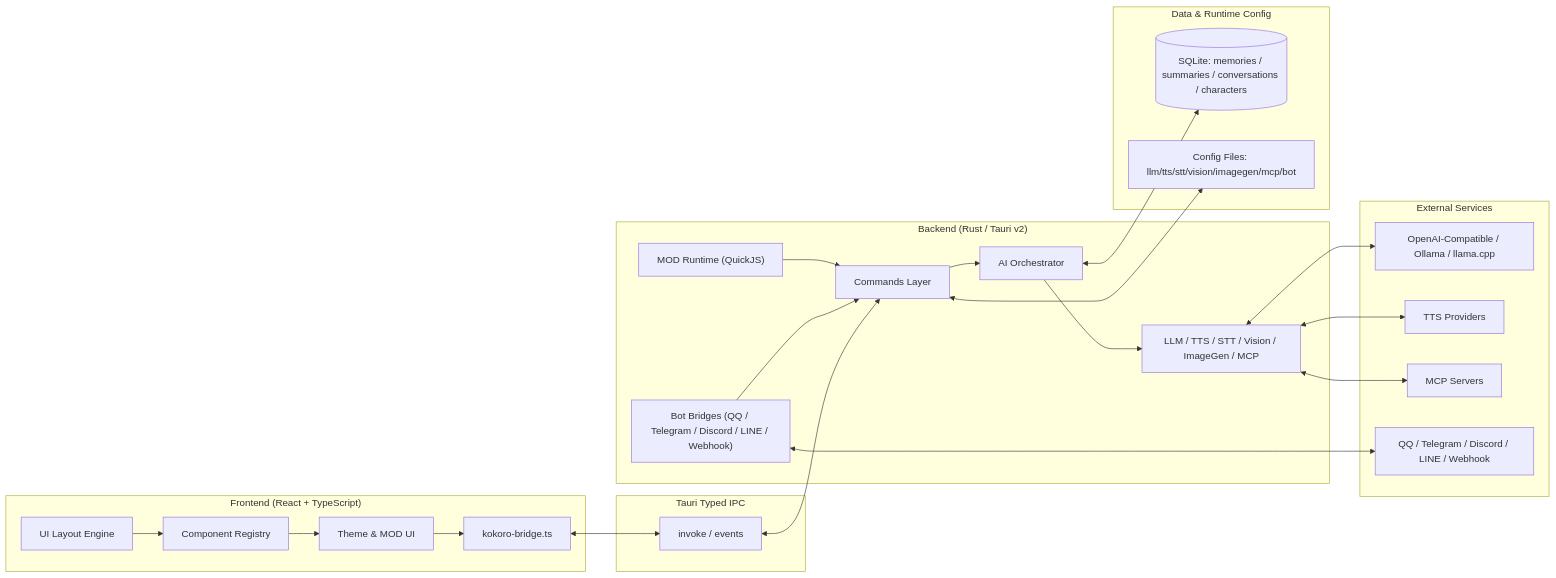
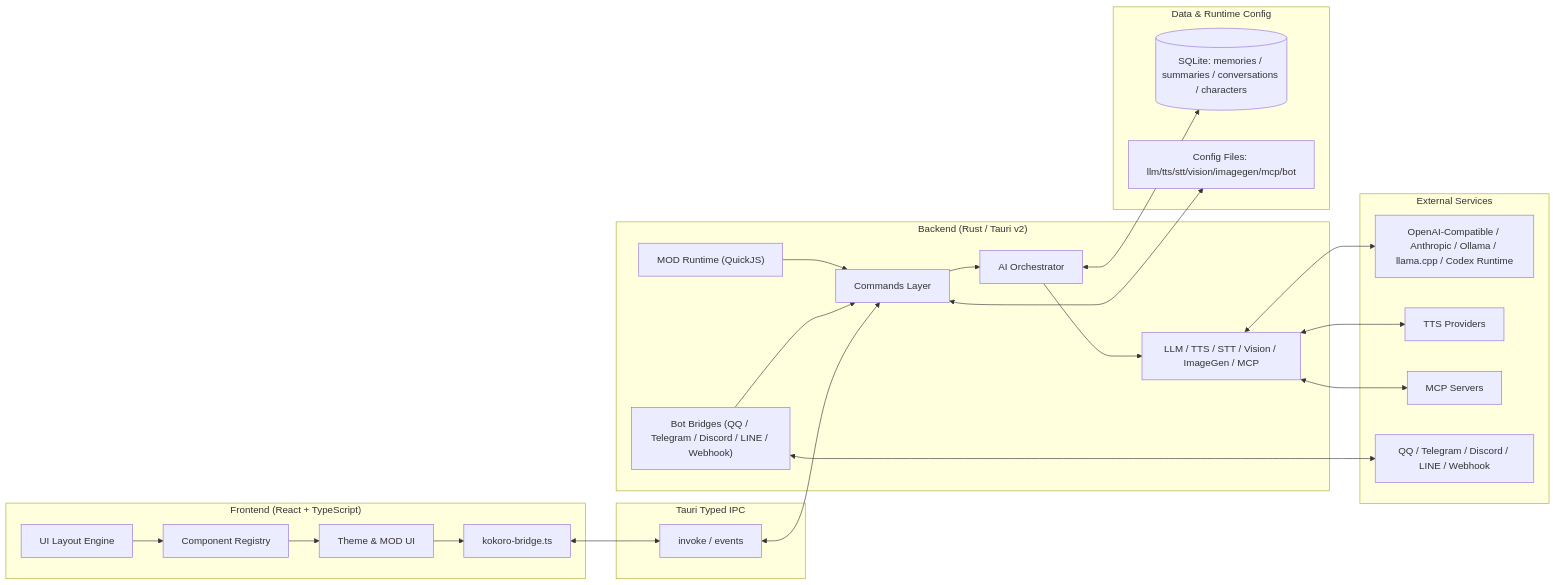
Before and after one commit to chyinan/Kokoro-Engine: the diagram in README.md, drawn with Mermaid. The commit also changed other lines of this file and 8 other files, not shown here.

Commit message:
docs: align architecture and API references

````diff
--- a/README.md
+++ b/README.md
@@ -146,51 +146,51 @@
 ```mermaid
 flowchart LR
   subgraph FE["Frontend (React + TypeScript)"]
     FE_UI["UI Layout Engine"]
     FE_REG["Component Registry"]
     FE_THEME["Theme & MOD UI"]
     FE_BRIDGE["kokoro-bridge.ts"]
     FE_UI --> FE_REG
     FE_REG --> FE_THEME
     FE_THEME --> FE_BRIDGE
   end
 
   subgraph IPC["Tauri Typed IPC"]
     IPC_INVOKE["invoke / events"]
   end
 
   subgraph BE["Backend (Rust / Tauri v2)"]
     BE_CMD["Commands Layer"]
     BE_ORCH["AI Orchestrator"]
     BE_MULTI["LLM / TTS / STT / Vision / ImageGen / MCP"]
     BE_MOD["MOD Runtime (QuickJS)"]
     BE_BOT["Bot Bridges (QQ / Telegram / Discord / LINE / Webhook)"]
     BE_CMD --> BE_ORCH
     BE_ORCH --> BE_MULTI
     BE_MOD --> BE_CMD
     BE_BOT --> BE_CMD
   end
 
   subgraph DATA["Data & Runtime Config"]
     DB[("SQLite: memories / summaries / conversations / characters")]
     CFG["Config Files: llm/tts/stt/vision/imagegen/mcp/bot"]
   end
 
   subgraph EXT["External Services"]
-    EXT_LLM["OpenAI-Compatible / Ollama / llama.cpp"]
+    EXT_LLM["OpenAI-Compatible / Anthropic / Ollama / llama.cpp / Codex Runtime"]
     EXT_TTS["TTS Providers"]
     EXT_MCP["MCP Servers"]
     EXT_BOT["QQ / Telegram / Discord / LINE / Webhook"]
   end
 
   FE_BRIDGE <--> IPC_INVOKE
   IPC_INVOKE <--> BE_CMD
 
   BE_MULTI <--> EXT_LLM
   BE_MULTI <--> EXT_TTS
   BE_MULTI <--> EXT_MCP
   BE_BOT <--> EXT_BOT
 
   BE_ORCH <--> DB
   BE_CMD <--> CFG
 ```
````
